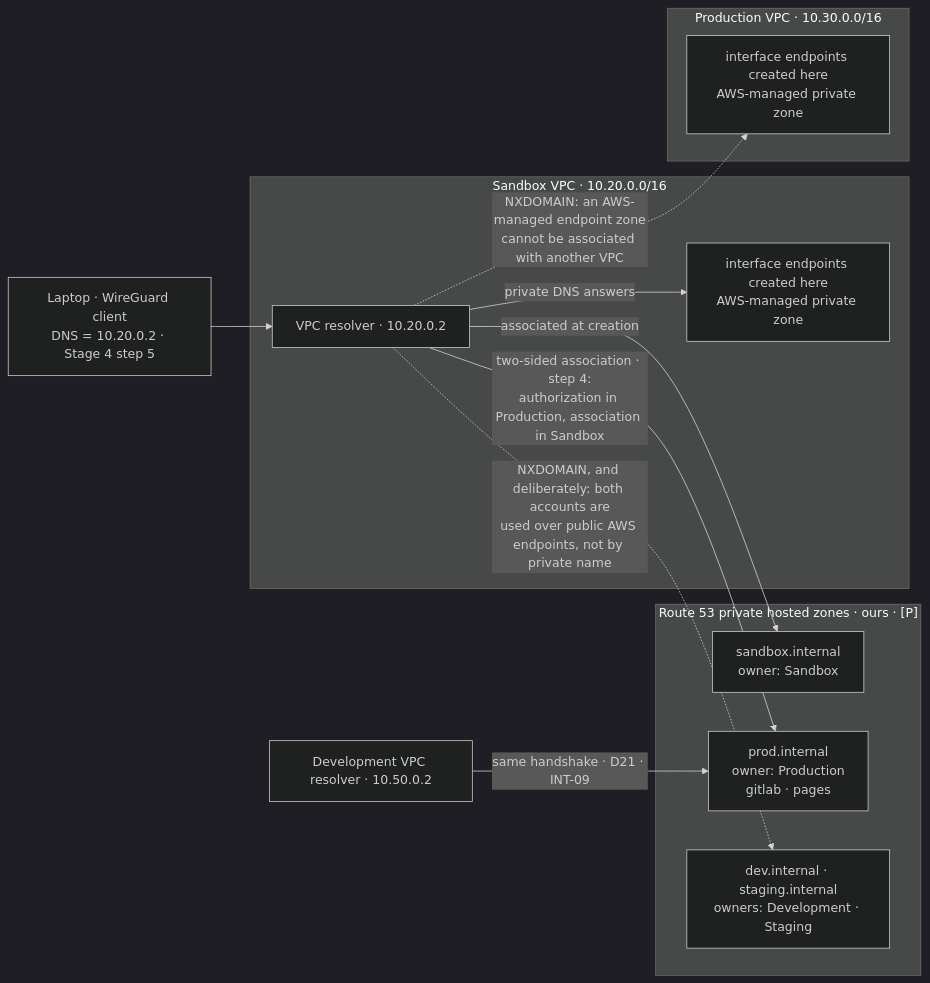
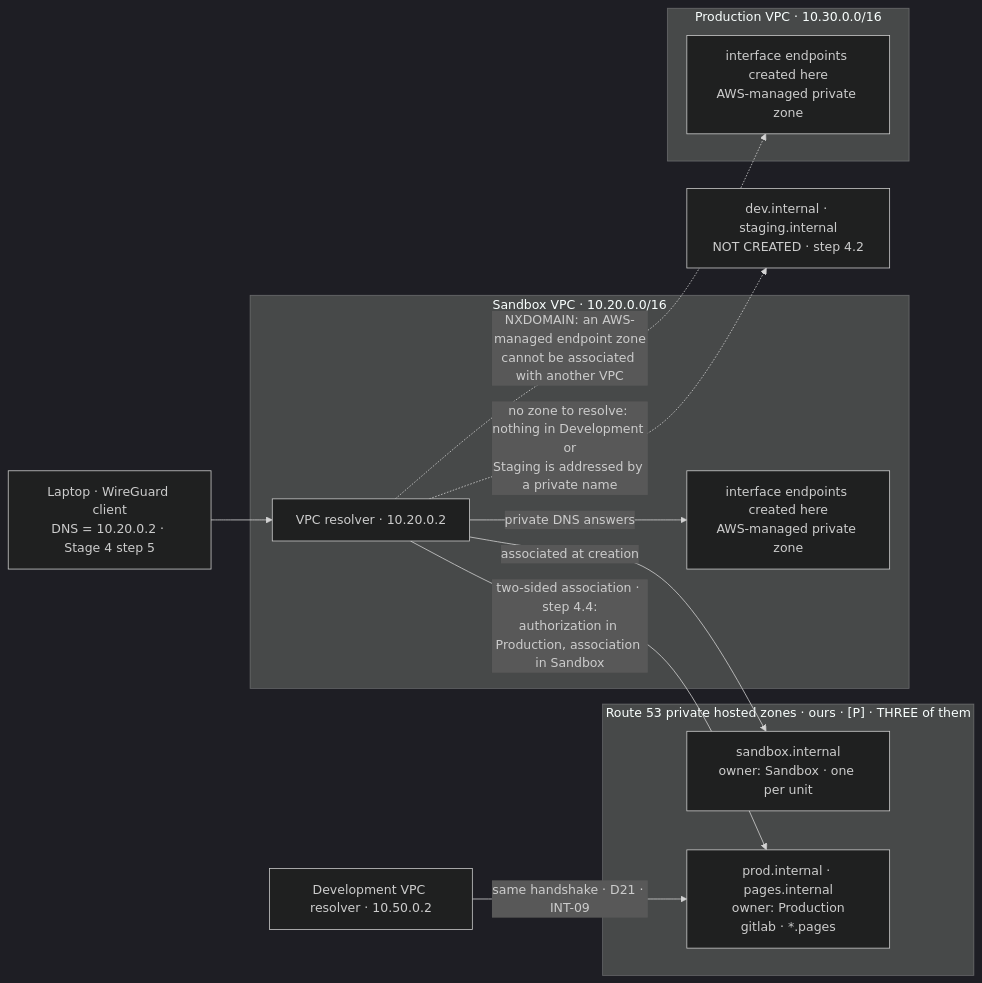
Before and after one commit to felipenoris/AWS-DataScience: the third of 3 diagrams in plan/stages/stage-03-networking.md, drawn with Mermaid (dark theme). The commit also changed other lines of this file and 3 other files, not shown here.

````diff
--- a/plan/stages/stage-03-networking.md
+++ b/plan/stages/stage-03-networking.md
@@ -143,29 +169,29 @@
 ```mermaid
 flowchart LR
     LAPTOP["Laptop · WireGuard client<br/>DNS = 10.20.0.2 · Stage 4 step 5"]
 
     subgraph SBXVPC["Sandbox VPC · 10.20.0.0/16"]
         RSBX["VPC resolver · 10.20.0.2"]
         SBXEP["interface endpoints created here<br/>AWS-managed private zone"]
     end
 
-    subgraph ZONES["Route 53 private hosted zones · ours · [P]"]
-        Z1["sandbox.internal<br/>owner: Sandbox"]
-        Z2["prod.internal<br/>owner: Production<br/>gitlab · pages"]
-        Z3["dev.internal · staging.internal<br/>owners: Development · Staging"]
+    subgraph ZONES["Route 53 private hosted zones · ours · [P] · THREE of them"]
+        Z1["sandbox.internal<br/>owner: Sandbox · one per unit"]
+        Z2["prod.internal · pages.internal<br/>owner: Production<br/>gitlab · *.pages"]
     end
 
     subgraph PRDVPC["Production VPC · 10.30.0.0/16"]
         PRDEP["interface endpoints created here<br/>AWS-managed private zone"]
     end
 
     RDEV["Development VPC resolver · 10.50.0.2"]
+    NOZONE["dev.internal · staging.internal<br/>NOT CREATED · step 4.2"]
 
     LAPTOP --> RSBX
     RSBX -->|"associated at creation"| Z1
-    RSBX -->|"two-sided association · step 4:<br/>authorization in Production, association in Sandbox"| Z2
+    RSBX -->|"two-sided association · step 4.4:<br/>authorization in Production, association in Sandbox"| Z2
     RDEV -->|"same handshake · D21 · INT-09"| Z2
     RSBX -->|"private DNS answers"| SBXEP
     RSBX -.->|"NXDOMAIN: an AWS-managed endpoint zone<br/>cannot be associated with another VPC"| PRDEP
-    RSBX -.->|"NXDOMAIN, and deliberately: both accounts are<br/>used over public AWS endpoints, not by private name"| Z3
+    RSBX -.->|"no zone to resolve: nothing in Development or<br/>Staging is addressed by a private name"| NOZONE
 ```
````
